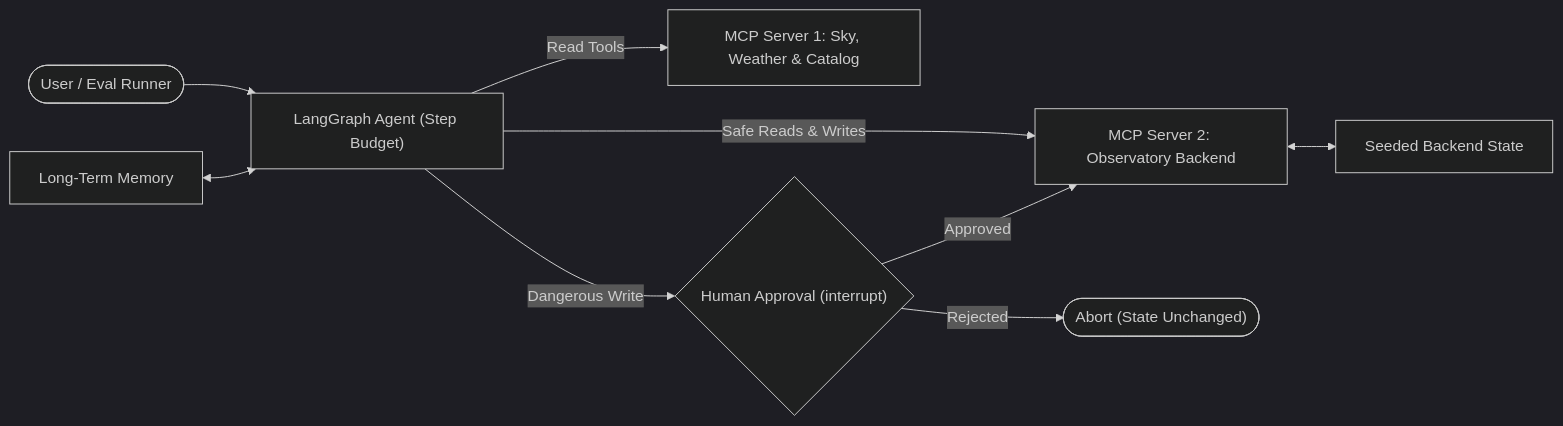
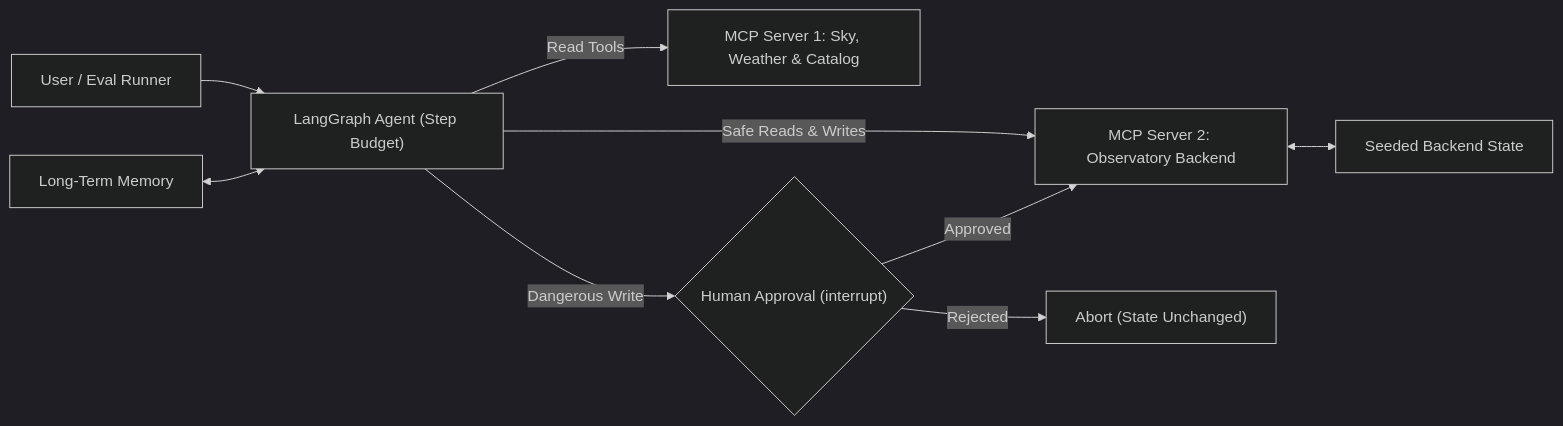
The second of 2 diagrams in README.md (Waxguillermo/Astropilote), drawn with Mermaid (dark theme) before and after one commit. The commit also changed other lines of this file and 25 other files, not shown here.

````diff
--- a/README.md
+++ b/README.md
@@ -217,11 +217,11 @@
 ```mermaid
 flowchart LR
-    U(["User / Eval Runner"]) --> G["LangGraph Agent (Step Budget)"]
+    U["User / Eval Runner"] --> G["LangGraph Agent (Step Budget)"]
     M["Long-Term Memory"] <--> G
     G -->|"Read Tools"| MCP1["MCP Server 1: Sky, Weather & Catalog"]
     G -->|"Safe Reads & Writes"| MCP2["MCP Server 2: Observatory Backend"]
     G -->|"Dangerous Write"| HITL{"Human Approval (interrupt)"}
     HITL -->|"Approved"| MCP2
-    HITL -->|"Rejected"| ABORT(["Abort (State Unchanged)"])
+    HITL -->|"Rejected"| ABORT["Abort (State Unchanged)"]
     MCP2 <--> DB["Seeded Backend State"]
 ```
````
